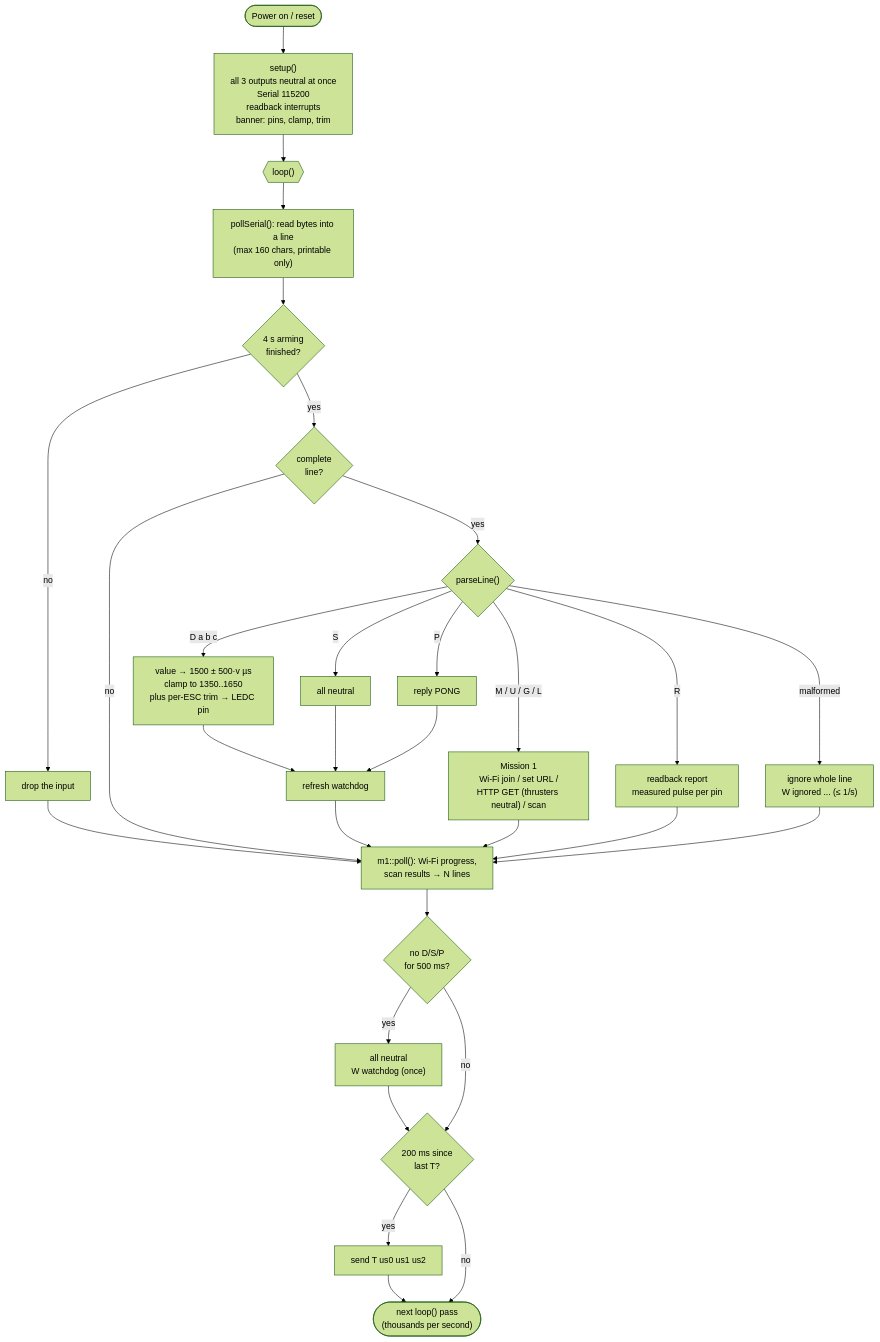
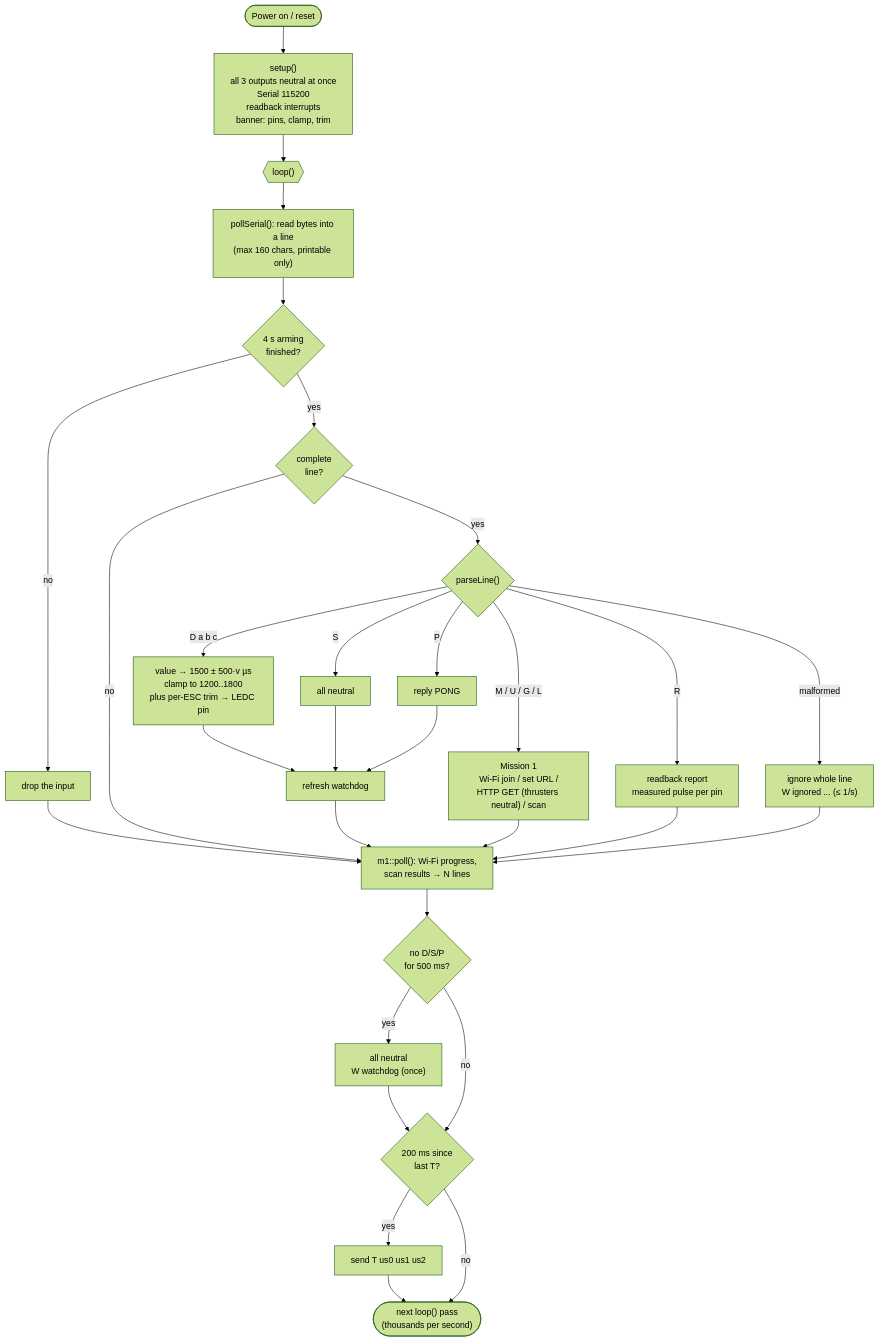
Before and after one commit to Alishnis/UR: the third of 6 diagrams in docs/ARCHITECTURE.md, drawn with Mermaid (forest theme). The commit also changed other lines of this file and 22 other files, not shown here.

````diff
--- a/docs/ARCHITECTURE.md
+++ b/docs/ARCHITECTURE.md
@@ -75,23 +75,23 @@
 ```mermaid
 flowchart TD
     ON([Power on / reset]) --> SETUP["setup()<br/>all 3 outputs neutral at once<br/>Serial 115200<br/>readback interrupts<br/>banner: pins, clamp, trim"]
     SETUP --> LOOP{{"loop()"}}
     LOOP --> READ["pollSerial(): read bytes into a line<br/>(max 160 chars, printable only)"]
     READ --> ARMQ{"4 s arming<br/>finished?"}
     ARMQ -- no --> DROP["drop the input"] --> M1POLL
     ARMQ -- yes --> LINE{"complete<br/>line?"}
     LINE -- no --> M1POLL
     LINE -- yes --> PARSE{"parseLine()"}
-    PARSE -- "D a b c" --> DRIVE["value → 1500 ± 500·v µs<br/>clamp to 1350..1650<br/>plus per-ESC trim → LEDC pin"]
+    PARSE -- "D a b c" --> DRIVE["value → 1500 ± 500·v µs<br/>clamp to 1200..1800<br/>plus per-ESC trim → LEDC pin"]
     PARSE -- "S" --> NEUT["all neutral"]
     PARSE -- "P" --> PONG["reply PONG"]
     DRIVE & NEUT & PONG --> WDREF["refresh watchdog"] --> M1POLL
     PARSE -- "M / U / G / L" --> M1["Mission 1<br/>Wi-Fi join / set URL /<br/>HTTP GET (thrusters neutral) / scan"] --> M1POLL
     PARSE -- "R" --> RB["readback report<br/>measured pulse per pin"] --> M1POLL
     PARSE -- malformed --> WARN["ignore whole line<br/>W ignored ... (≤ 1/s)"] --> M1POLL
     M1POLL["m1::poll(): Wi-Fi progress,<br/>scan results → N lines"] --> WD{"no D/S/P<br/>for 500 ms?"}
     WD -- yes --> TRIP["all neutral<br/>W watchdog (once)"] --> TEL
     WD -- no --> TEL{"200 ms since<br/>last T?"}
     TEL -- yes --> SENDT["send T us0 us1 us2"] --> NEXT
     TEL -- no --> NEXT(["next loop() pass<br/>(thousands per second)"])
 ```
````
